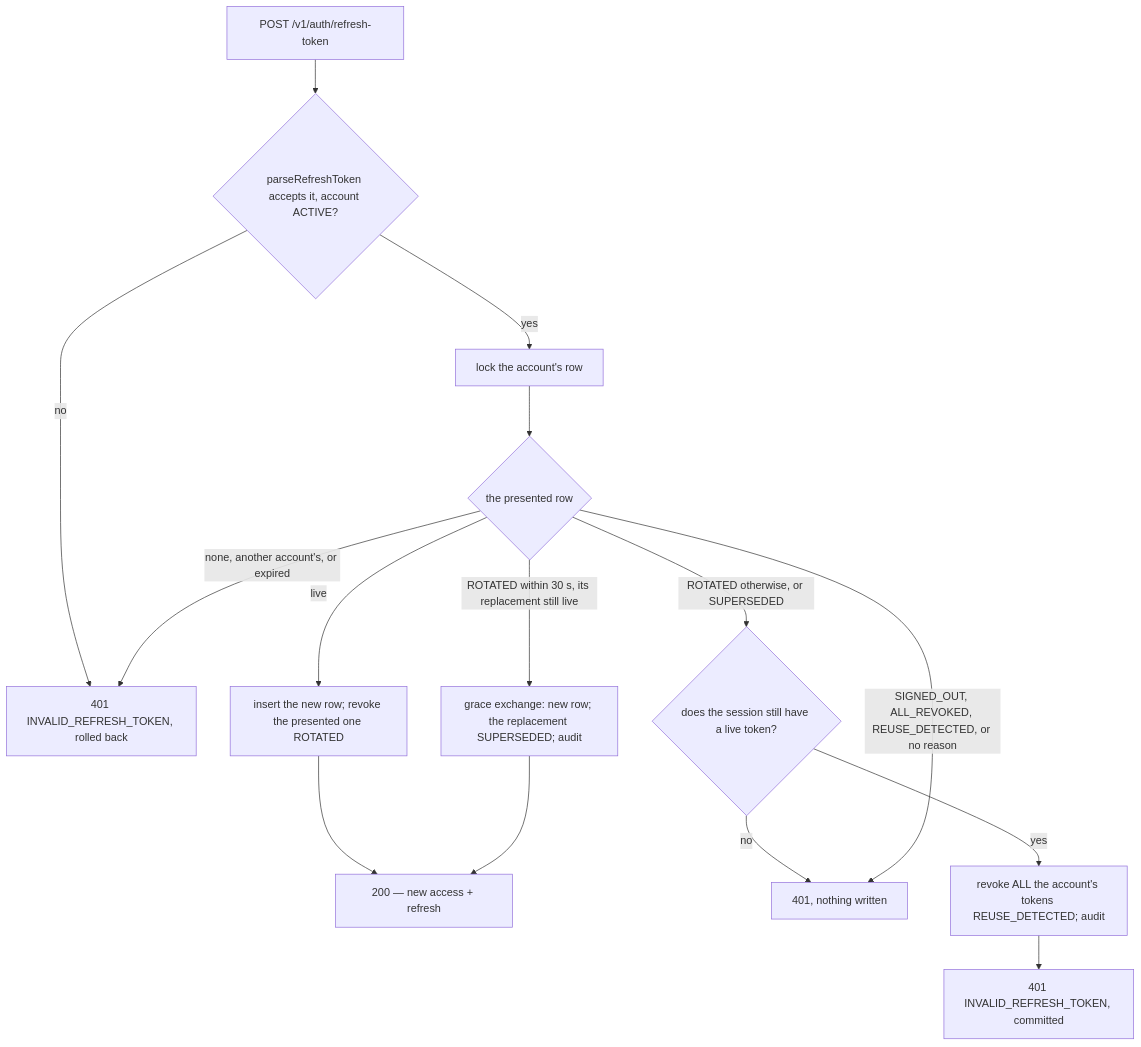
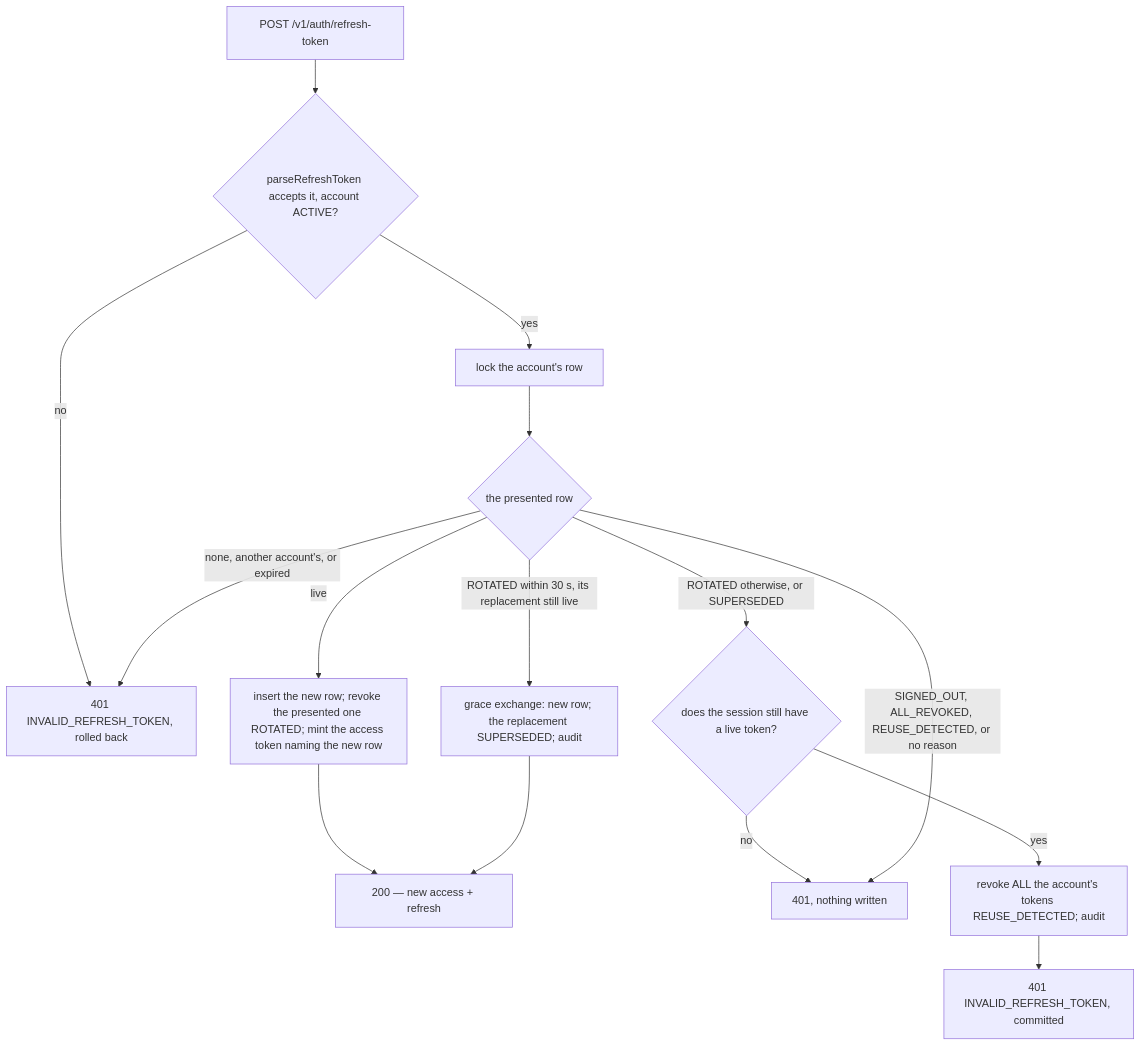
One commit to cropdoor/cropdoor-almanac changed the second of 2 diagrams in docs/auth/jwt-sessions-and-refresh.md. Above: the diagram before and after it, drawn with Mermaid. The commit also changed other lines of this file, not shown here.

````diff
--- a/docs/auth/jwt-sessions-and-refresh.md
+++ b/docs/auth/jwt-sessions-and-refresh.md
@@ -170,17 +177,17 @@
 ```mermaid
 flowchart TD
     A["POST /v1/auth/refresh-token"] --> V{"parseRefreshToken accepts it, account ACTIVE?"}
     V -->|"no"| X["401 INVALID_REFRESH_TOKEN, rolled back"]
     V -->|"yes"| L["lock the account's row"]
     L --> M{"the presented row"}
     M -->|"none, another account's, or expired"| X
-    M -->|"live"| R["insert the new row; revoke the presented one ROTATED"]
+    M -->|"live"| R["insert the new row; revoke the presented one ROTATED; mint the access token naming the new row"]
     R --> OK["200 — new access + refresh"]
     M -->|"ROTATED within 30 s, its replacement still live"| G["grace exchange: new row; the replacement SUPERSEDED; audit"]
     G --> OK
     M -->|"ROTATED otherwise, or SUPERSEDED"| E{"does the session still have a live token?"}
     E -->|"no"| P["401, nothing written"]
     E -->|"yes"| Z["revoke ALL the account's tokens REUSE_DETECTED; audit"]
     Z --> Y["401 INVALID_REFRESH_TOKEN, committed"]
     M -->|"SIGNED_OUT, ALL_REVOKED, REUSE_DETECTED, or no reason"| P
 ```
````
